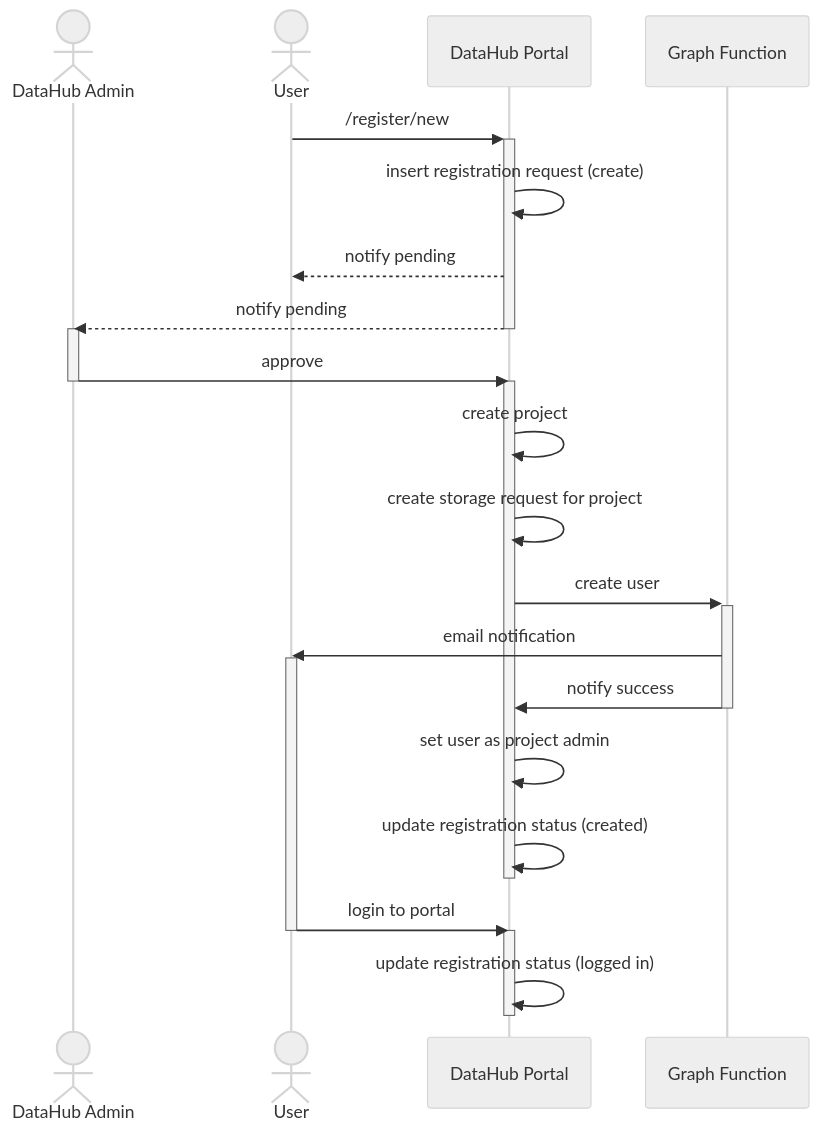
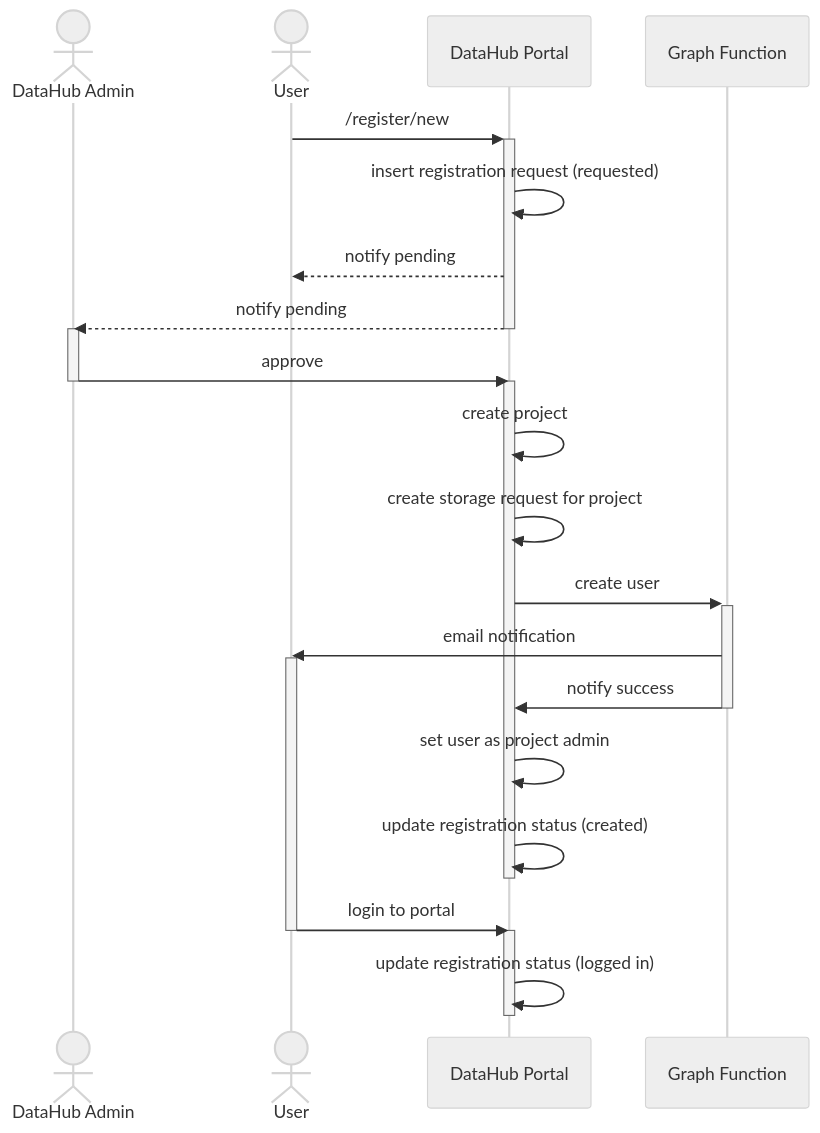
One commit to ssc-sp/datahub-portal-2205 changed the first of 4 diagrams in docs/use-cases.md. Above: the diagram before and after it, drawn with Mermaid (neutral theme).

Commit message:
updated language in use case diagram

````diff
--- a/docs/use-cases.md
+++ b/docs/use-cases.md
@@ -4,32 +4,32 @@
 ```mermaid
 sequenceDiagram
     actor A as DataHub Admin
     actor U as User
     participant P as DataHub Portal
     participant F as Graph Function
 
     U->>+P: /register/new
-    P->>P: insert registration request (create)
+    P->>P: insert registration request (requested)
     P-->>U: notify pending
     P-->>A: notify pending
     deactivate P
     activate A
 
     
     A->>-P: approve
     activate P
     P->>P: create project
     P->>P: create storage request for project
     P->>+F: create user
     F->>U: email notification
     activate U
     F->>-P: notify success
 
     P->>P: set user as project admin
     P->>P: update registration status (created) 
     deactivate P
 
     U->>-P: login to portal
     activate P
     P->>-P: update registration status (logged in)
 ```
````
